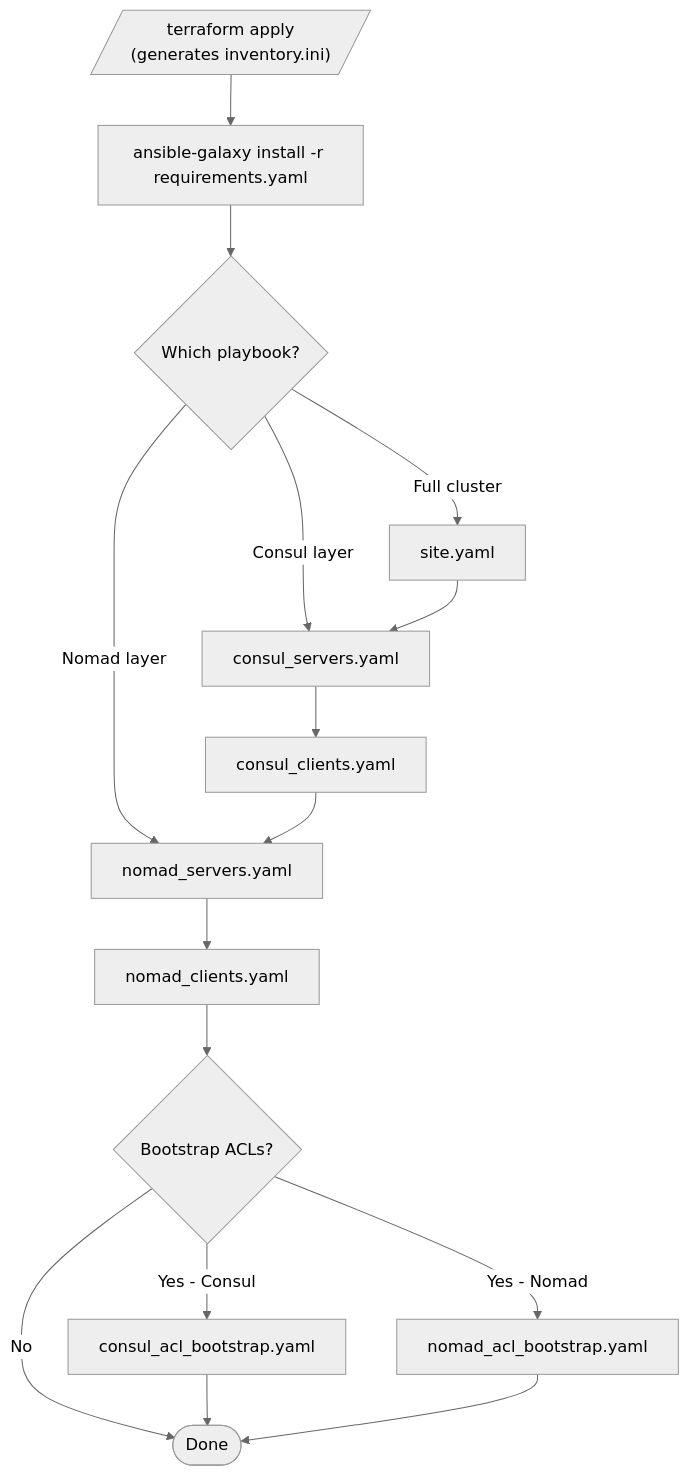
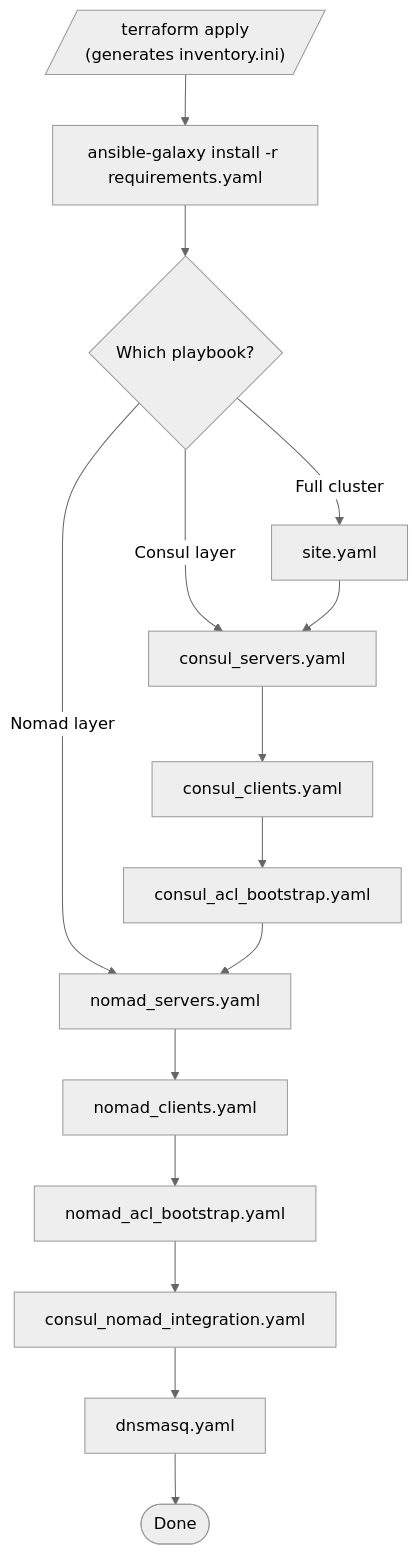
One commit to aimeeu/nomad-infra changed the diagram in ansible/PLAYBOOKS-README.md. Above: the diagram before and after it, drawn with Mermaid (neutral theme). The commit also changed other lines of this file and 29 other files, not shown here.

````diff
--- a/ansible/PLAYBOOKS-README.md
+++ b/ansible/PLAYBOOKS-README.md
@@ -9,23 +9,22 @@
 ```mermaid
 flowchart TD
     TF[/"terraform apply\n(generates inventory.ini)"/]
     DEPS[ansible-galaxy install -r requirements.yaml]
     TF --> DEPS
 
     DEPS --> SITE{Which playbook?}
     SITE -->|Full cluster| S[site.yaml]
     SITE -->|Consul layer| CSP[consul_servers.yaml]
     SITE -->|Nomad layer| NSP[nomad_servers.yaml]
 
     S --> CSP
     CSP --> CCP[consul_clients.yaml]
-    CCP --> NSP
+    CCP --> CACL[consul_acl_bootstrap.yaml]
+    CACL --> NSP
     NSP --> NCP[nomad_clients.yaml]
+    NCP --> NACL[nomad_acl_bootstrap.yaml]
 
-    NCP --> ACLS{Bootstrap ACLs?}
-    ACLS -->|Yes - Consul| CACL[consul_acl_bootstrap.yaml]
-    ACLS -->|Yes - Nomad| NACL[nomad_acl_bootstrap.yaml]
-    ACLS -->|No| DONE([Done])
-    CACL --> DONE
-    NACL --> DONE
+    NACL --> INT[consul_nomad_integration.yaml]
+    INT --> DNS[dnsmasq.yaml]
+    DNS --> DONE([Done])
 ```
````
